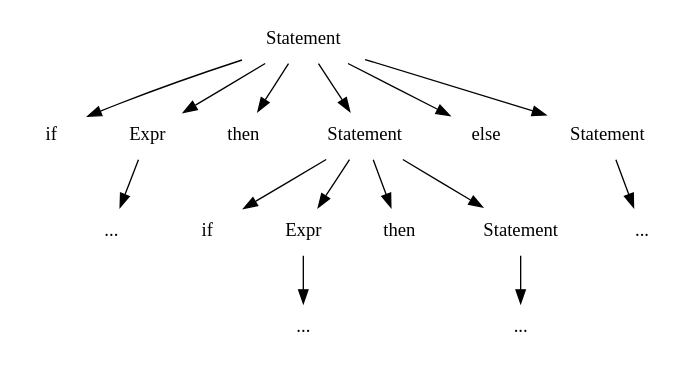
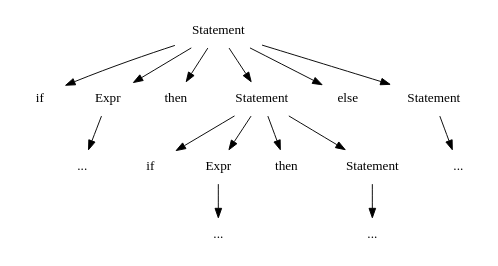
One commit to obcode/compiler changed the diagram in img/03/parsetree3.dot. Above: the diagram before and after it, drawn with Graphviz. The commit also changed 33 other files, not shown here.

```diff
--- a/img/03/parsetree3.dot
+++ b/img/03/parsetree3.dot
@@ -1,34 +1,34 @@
 digraph parsetree {
-    size="8,5"
+    size="5,5"
     node [shape = plaintext];
     s1 [label = "Statement"];
     s2 [label = "Statement"];
     s3 [label = "Statement"];
     s4 [label = "Statement"];
     e1 [label = "Expr"];
     e2 [label = "Expr"];
     if1 [label = "if"];
     if2 [label = "if"];
     then1 [label = "then"];
     then2 [label = "then"];
     dot1 [label = "..."]
     dot2 [label = "..."]
     dot3 [label = "..."]
     dot4 [label = "..."]
     s1 -> if1
     s1 -> e1
     s1 -> then1
     s1 -> s2
     e1 -> dot1
     s2 -> if2
     s2 -> e2
     s2 -> then2
     s2 -> s3
     s1 -> else
     s1 -> s4
     e2 -> dot2
     s3 -> dot3
     s4 -> dot4
     { rank=same; if1 -> e1 -> then1 -> s2 -> else -> s4 [style=invis]}
     { rank=same; if2 -> e2 -> then2 -> s3  [style=invis]}
 }
```
